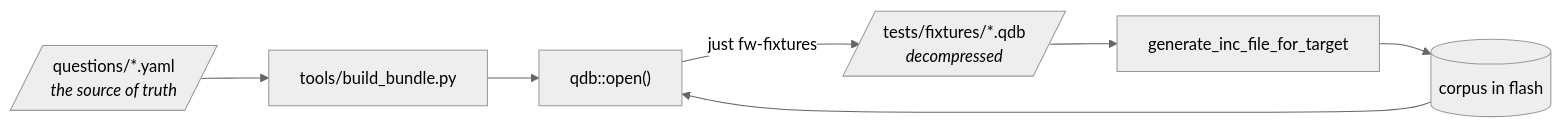
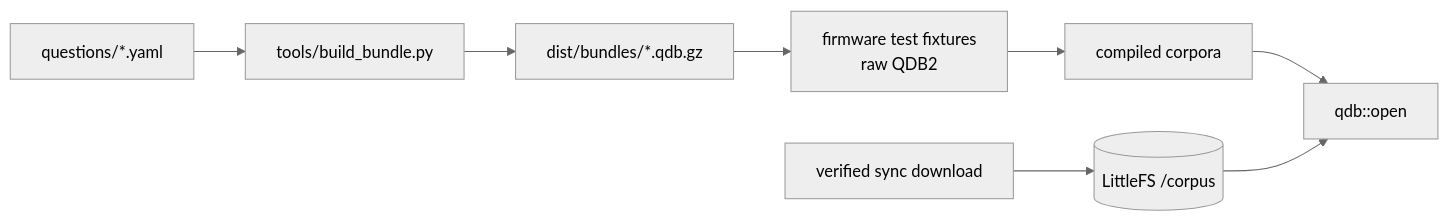
One commit to giacomomellone/cicala changed the second of 9 diagrams in docs/firmware_architecture.md. Above: the diagram before and after it, drawn with Mermaid (neutral theme). The commit also changed other lines of this file and 259 other files, not shown here.

````diff
--- a/docs/firmware_architecture.md
+++ b/docs/firmware_architecture.md
@@ -173,19 +108,10 @@
 ```mermaid
 flowchart LR
-    YAML[/"questions/*.yaml<br/><i>the source of truth</i>"/]
-    BUILD["tools/build_bundle.py"]
-    QDB[/"dist/bundles/*.qdb.gz<br/><i>gzip, signed</i>"/]
-    RAW[/"tests/fixtures/*.qdb<br/><i>decompressed</i>"/]
-    INC["generate_inc_file_for_target"]
-    IMG[("corpus in flash")]
-    QDB["qdb::open()"]
-
-    YAML --> BUILD
-    BUILD --> QDB
-    QDB -- "just fw-fixtures" --> RAW
-    RAW --> INC
-    INC --> IMG
-    IMG --> QDB
-
-    classDef f fill:#f7f5f1,stroke:#9a8f7d
+    YAML[questions/*.yaml] --> BUILD[tools/build_bundle.py]
+    BUILD --> GZIP[dist/bundles/*.qdb.gz]
+    GZIP --> RAW[firmware test fixtures<br/>raw QDB2]
+    RAW --> EMBED[compiled corpora]
+    HTTP[verified sync download] --> LFS[(LittleFS /corpus)]
+    EMBED --> OPEN[qdb::open]
+    LFS --> OPEN
 ```
````
